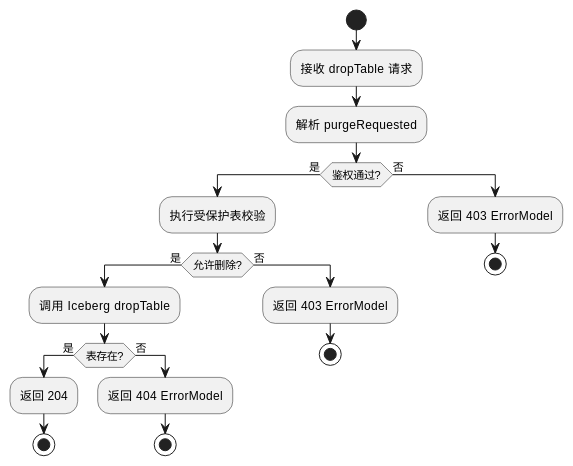
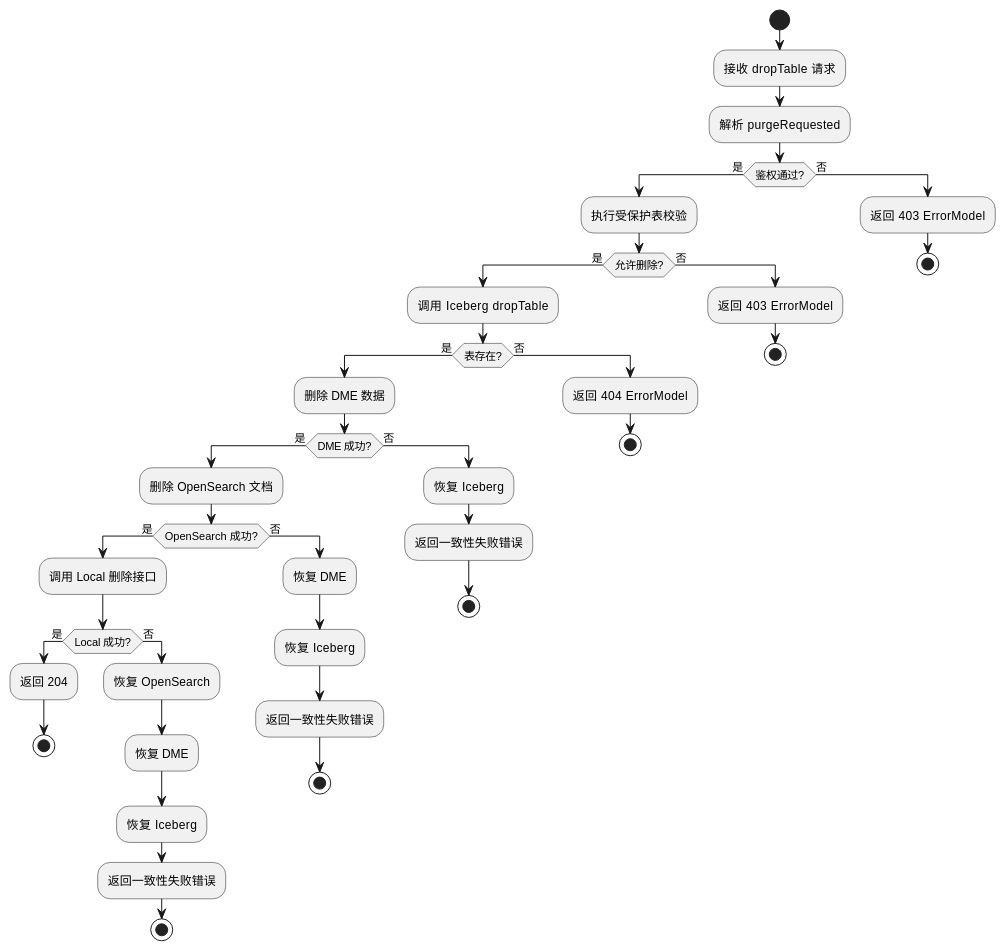
One commit to jingwang-0415/codex changed diagram 17 of 17 in Iceberg_Table接口能力_软件实现设计说明书.md. Above: the diagram before and after it, drawn with PlantUML. The commit also changed other lines of this file, not shown here.

Commit message:
Add saga-based consistency design to Iceberg table spec

````diff
--- a/Iceberg_Table接口能力_软件实现设计说明书.md
+++ b/Iceberg_Table接口能力_软件实现设计说明书.md
@@ -1110,26 +1402,50 @@
 ```plantuml
 @startuml
 start
 :接收 dropTable 请求;
 :解析 purgeRequested;
 if (鉴权通过?) then (是)
   :执行受保护表校验;
   if (允许删除?) then (是)
     :调用 Iceberg dropTable;
     if (表存在?) then (是)
-      :返回 204;
-      stop
+      :删除 DME 数据;
+      if (DME 成功?) then (是)
+        :删除 OpenSearch 文档;
+        if (OpenSearch 成功?) then (是)
+          :调用 Local 删除接口;
+          if (Local 成功?) then (是)
+            :返回 204;
+            stop
+          else (否)
+            :恢复 OpenSearch;
+            :恢复 DME;
+            :恢复 Iceberg;
+            :返回一致性失败错误;
+            stop
+          endif
+        else (否)
+          :恢复 DME;
+          :恢复 Iceberg;
+          :返回一致性失败错误;
+          stop
+        endif
+      else (否)
+        :恢复 Iceberg;
+        :返回一致性失败错误;
+        stop
+      endif
     else (否)
       :返回 404 ErrorModel;
       stop
     endif
   else (否)
     :返回 403 ErrorModel;
     stop
   endif
 else (否)
   :返回 403 ErrorModel;
   stop
 endif
 @enduml
 ```
````
